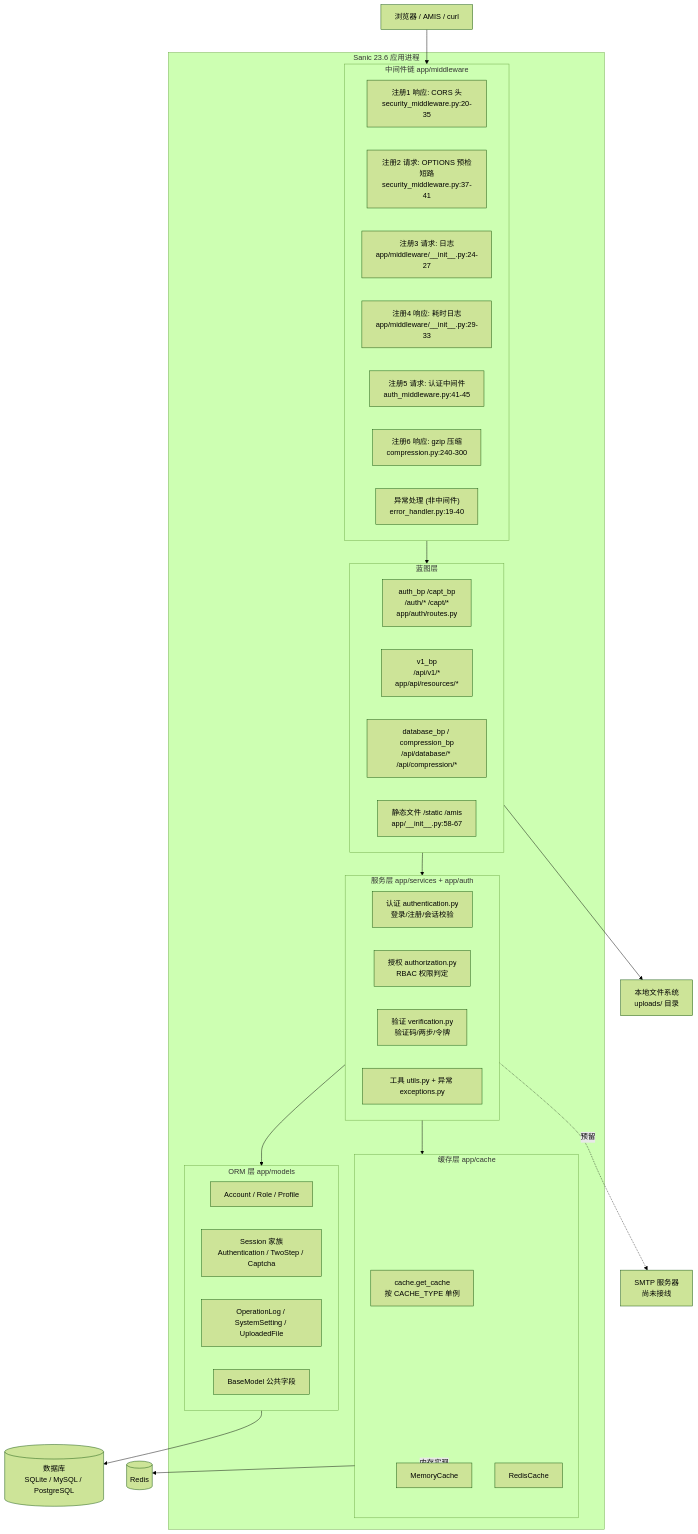
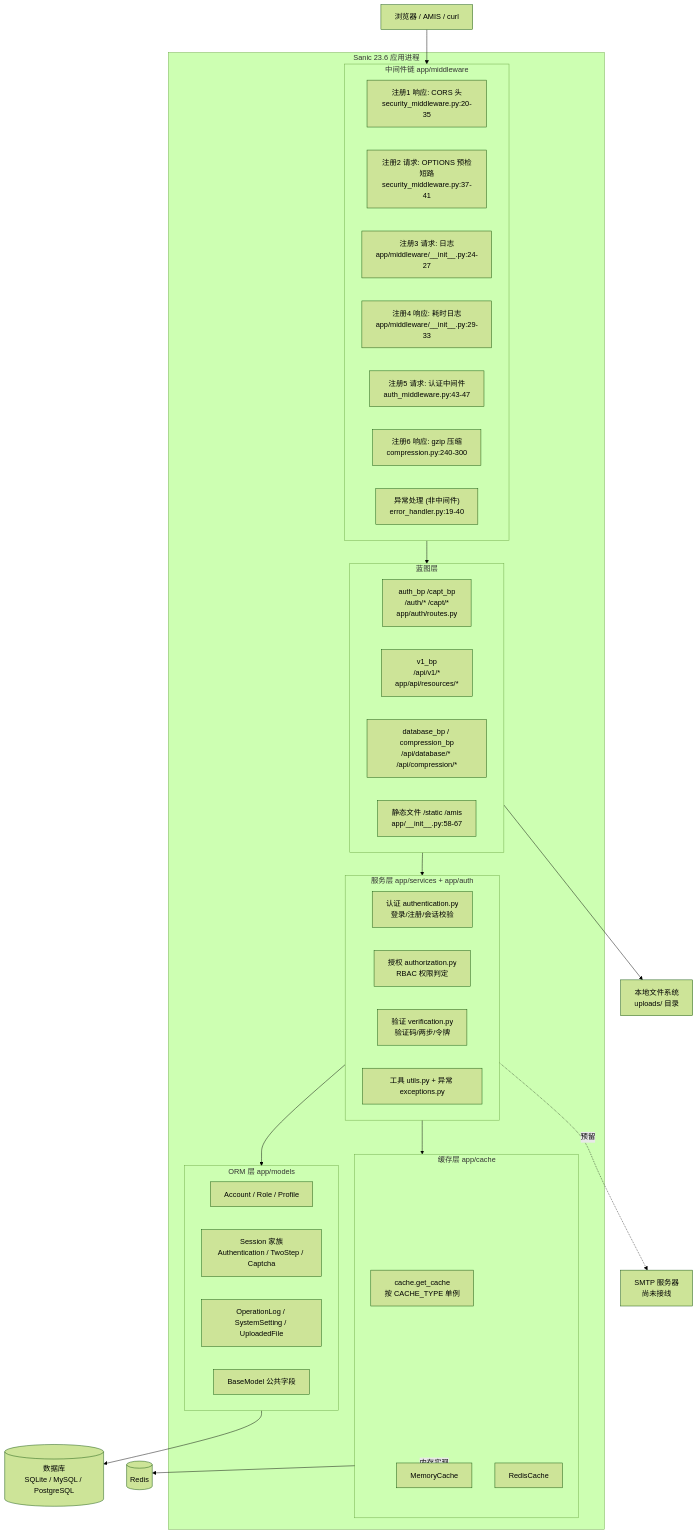
One commit to A-Corner/Sanic-Admin changed the first of 3 diagrams in docs/architecture.md. Above: the diagram before and after it, drawn with Mermaid (forest theme). The commit also changed other lines of this file, not shown here.

````diff
--- a/docs/architecture.md
+++ b/docs/architecture.md
@@ -17,59 +17,59 @@
 ```mermaid
 graph TD
     Client[浏览器 / AMIS / curl]
 
     subgraph Sanic["Sanic 23.6 应用进程"]
         subgraph MW["中间件链 app/middleware"]
             MW1["注册1 响应: CORS 头<br/>security_middleware.py:20-35"]
             MW2["注册2 请求: OPTIONS 预检短路<br/>security_middleware.py:37-41"]
             MW3["注册3 请求: 日志<br/>app/middleware/__init__.py:24-27"]
             MW4["注册4 响应: 耗时日志<br/>app/middleware/__init__.py:29-33"]
-            MW5["注册5 请求: 认证中间件<br/>auth_middleware.py:41-45"]
+            MW5["注册5 请求: 认证中间件<br/>auth_middleware.py:43-47"]
             MW7["注册6 响应: gzip 压缩<br/>compression.py:240-300"]
             MW8["异常处理 (非中间件)<br/>error_handler.py:19-40"]
         end
 
         subgraph BP["蓝图层"]
             B1[auth_bp /capt_bp<br/>/auth/* /capt/*<br/>app/auth/routes.py]
             B2[v1_bp<br/>/api/v1/*<br/>app/api/resources/*]
             B3[database_bp / compression_bp<br/>/api/database/* /api/compression/*]
             B4[静态文件 /static /amis<br/>app/__init__.py:58-67]
         end
 
         subgraph SVC["服务层 app/services + app/auth"]
             S1[认证 authentication.py<br/>登录/注册/会话校验]
             S2[授权 authorization.py<br/>RBAC 权限判定]
             S3[验证 verification.py<br/>验证码/两步/令牌]
             S4[工具 utils.py + 异常 exceptions.py]
         end
 
         subgraph CACHE["缓存层 app/cache"]
             C1[cache.get_cache<br/>按 CACHE_TYPE 单例]
             C2[MemoryCache]
             C3[RedisCache]
         end
 
         subgraph ORM["ORM 层 app/models"]
             O1[Account / Role / Profile]
             O2[Session 家族<br/>Authentication / TwoStep / Captcha]
             O3[OperationLog / SystemSetting / UploadedFile]
             O4[BaseModel 公共字段]
         end
     end
 
     DB[(数据库<br/>SQLite / MySQL / PostgreSQL)]
     REDIS[(Redis)]
     MAIL[SMTP 服务器<br/>尚未接线]
     FS[本地文件系统<br/>uploads/ 目录]
 
     Client --> MW
     MW --> BP
     BP --> SVC
     SVC --> ORM
     SVC --> CACHE
     ORM --> DB
     CACHE --> REDIS
     CACHE -.内存实现.-> C2
     SVC -.预留.-> MAIL
     BP --> FS
 ```
````
